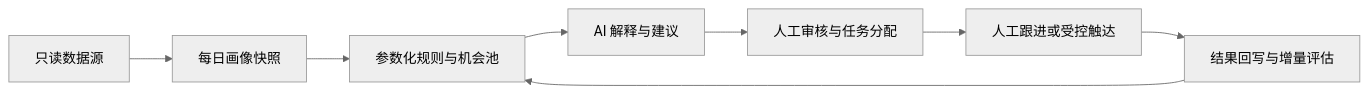
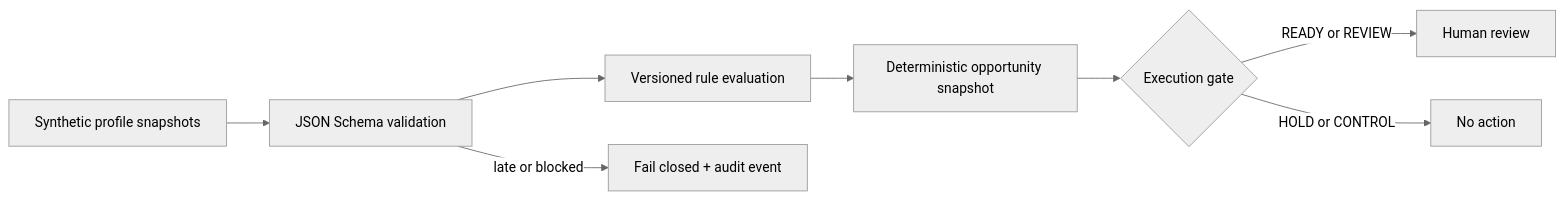
One commit to agent-blueprint-lab/governed-growth-workbench-blueprint changed the diagram in README.md. Above: the diagram before and after it, drawn with Mermaid (neutral theme). The commit also changed other lines of this file and 45 other files, not shown here.

````diff
--- a/README.md
+++ b/README.md
@@ -18,10 +25,10 @@
 ```mermaid
 flowchart LR
-  A[只读数据源] --> B[每日画像快照]
-  B --> C[参数化规则与机会池]
-  C --> D[AI 解释与建议]
-  D --> E[人工审核与任务分配]
-  E --> F[人工跟进或受控触达]
-  F --> G[结果回写与增量评估]
-  G --> C
+  A[Synthetic profile snapshots] --> B[JSON Schema validation]
+  B --> C[Versioned rule evaluation]
+  C --> D[Deterministic opportunity snapshot]
+  D --> E{Execution gate}
+  E -->|READY or REVIEW| F[Human review]
+  E -->|HOLD or CONTROL| G[No action]
+  B -->|late or blocked| H[Fail closed + audit event]
 ```
````
